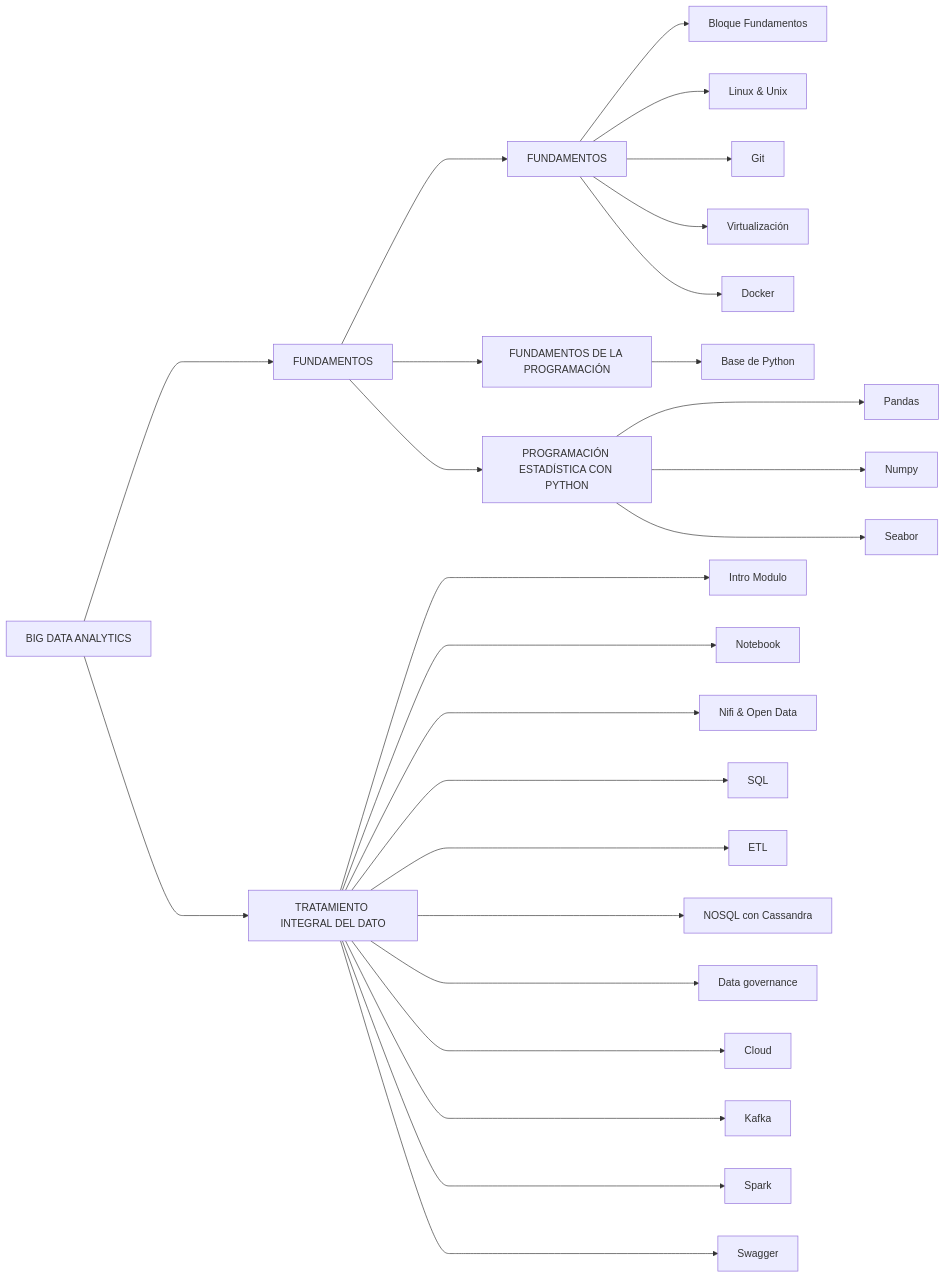
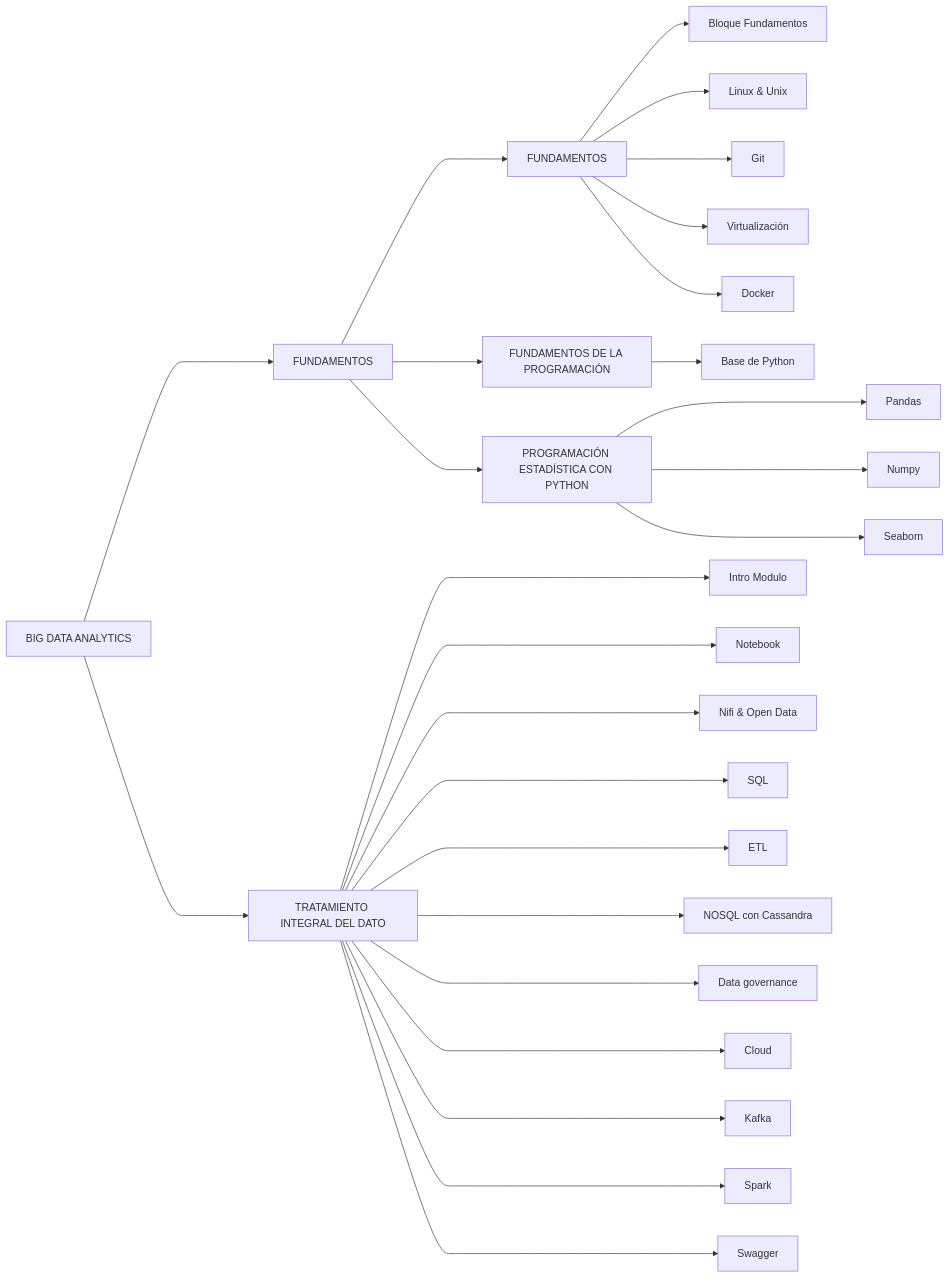
Before and after one commit to alozk/Master-Big-Data-Analytics: the diagram in README.md, drawn with Mermaid.

````diff
--- a/README.md
+++ b/README.md
@@ -1,28 +1,28 @@
 ```mermaid
 flowchart LR
 A[BIG DATA ANALYTICS] ---->B[FUNDAMENTOS];
 A[BIG DATA ANALYTICS] ---->C[TRATAMIENTO INTEGRAL DEL DATO];
 B[FUNDAMENTOS] --->D[FUNDAMENTOS];
 B[FUNDAMENTOS] --->E[FUNDAMENTOS DE LA PROGRAMACIÓN]
 B[FUNDAMENTOS] --->F[PROGRAMACIÓN ESTADÍSTICA CON PYTHON]
 D[FUNDAMENTOS] -->G[Bloque Fundamentos]
 D[FUNDAMENTOS] -->H[Linux & Unix]
 D[FUNDAMENTOS] -->I[Git]
 D[FUNDAMENTOS] -->J[Virtualización]
 D[FUNDAMENTOS] -->K[Docker]
 C[TRATAMIENTO INTEGRAL DEL DATO] ---->L[Intro Modulo]
 C[TRATAMIENTO INTEGRAL DEL DATO] ---->M[Notebook]
 C[TRATAMIENTO INTEGRAL DEL DATO] ---->N[Nifi & Open Data]
 C[TRATAMIENTO INTEGRAL DEL DATO] ---->O[SQL]
 C[TRATAMIENTO INTEGRAL DEL DATO] ---->P[ETL]
 C[TRATAMIENTO INTEGRAL DEL DATO] ---->Q[NOSQL con Cassandra]
 C[TRATAMIENTO INTEGRAL DEL DATO] ---->R[Data governance]
 C[TRATAMIENTO INTEGRAL DEL DATO] ---->S[Cloud]
 C[TRATAMIENTO INTEGRAL DEL DATO] ---->T[Kafka]
 C[TRATAMIENTO INTEGRAL DEL DATO] ---->U[Spark]
 C[TRATAMIENTO INTEGRAL DEL DATO] ---->V[Swagger]
 E[FUNDAMENTOS DE LA PROGRAMACIÓN] -->W[Base de Python]
 F[PROGRAMACIÓN ESTADÍSTICA CON PYTHON] --->X[Pandas]
 F[PROGRAMACIÓN ESTADÍSTICA CON PYTHON] --->Y[Numpy]
-F[PROGRAMACIÓN ESTADÍSTICA CON PYTHON] --->Z[Seabor]
+F[PROGRAMACIÓN ESTADÍSTICA CON PYTHON] --->Z[Seaborn]
 ```
````
